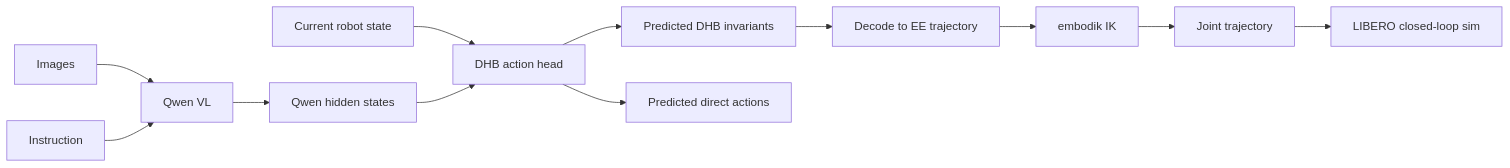
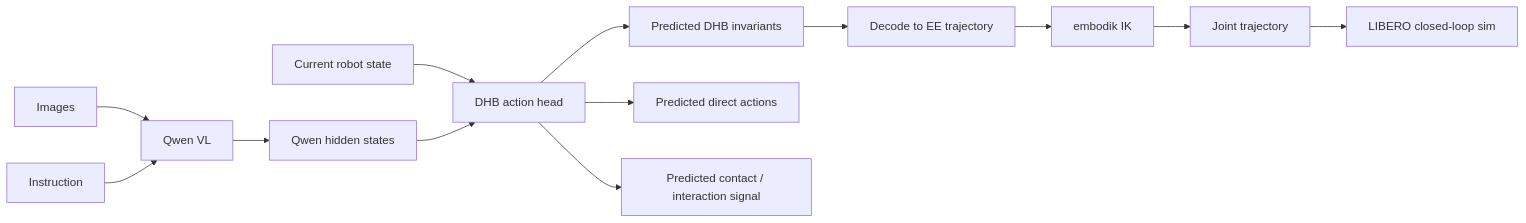
One commit to robodreamer/dhb-xr changed the first of 2 diagrams in notes/supplementary/15_qwen_dhb_integration_internal_note.md. Above: the diagram before and after it, drawn with Mermaid. The commit also changed other lines of this file and 14 other files, not shown here.

````diff
--- a/notes/supplementary/15_qwen_dhb_integration_internal_note.md
+++ b/notes/supplementary/15_qwen_dhb_integration_internal_note.md
@@ -55,14 +83,15 @@
 ```mermaid
 flowchart LR
     A[Images] --> B[Qwen VL]
     C[Instruction] --> B
     B --> D[Qwen hidden states]
     E[Current robot state] --> F[DHB action head]
     D --> F
     F --> G[Predicted DHB invariants]
     F --> H[Predicted direct actions]
     G --> I[Decode to EE trajectory]
+    F --> M[Predicted contact / interaction signal]
     I --> J[embodik IK]
     J --> K[Joint trajectory]
     K --> L[LIBERO closed-loop sim]
 ```
````
